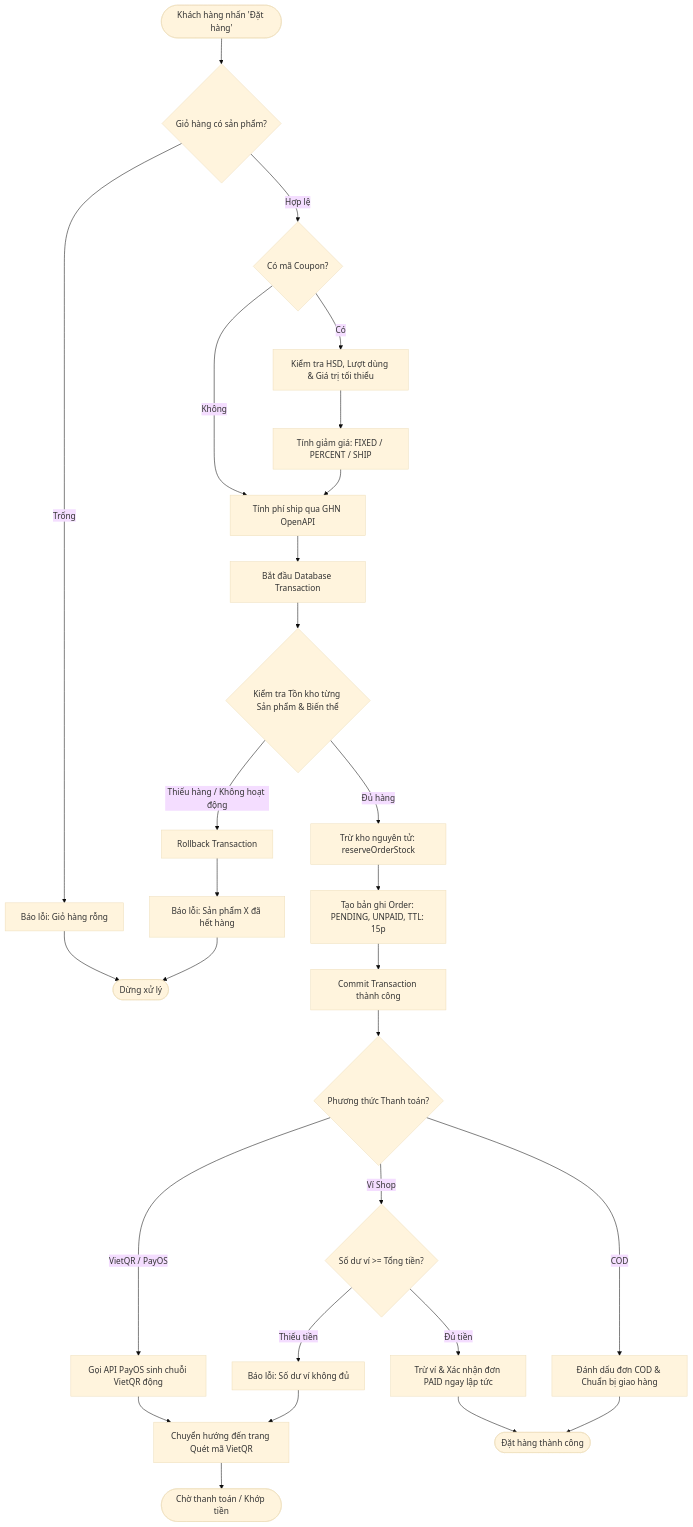
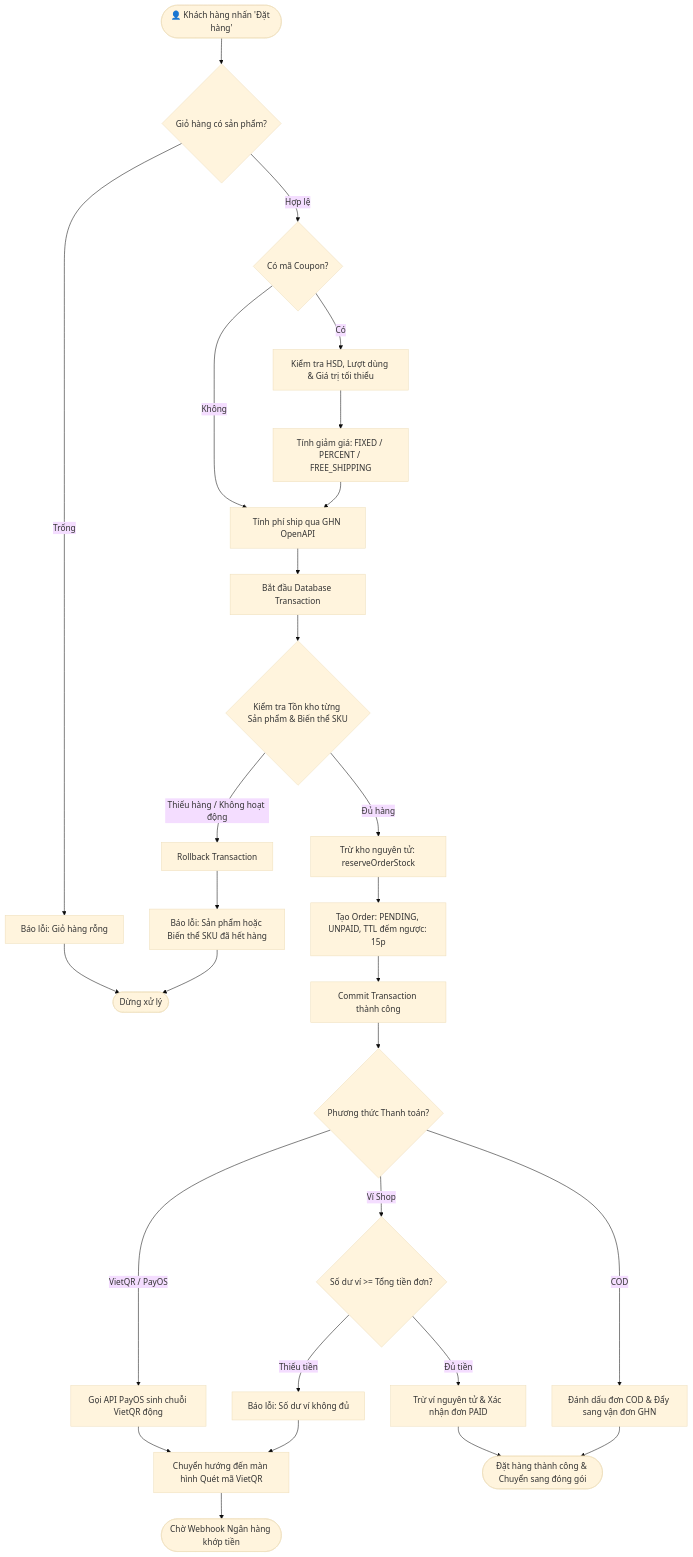
One commit to nhonhoa2007/shop-qr-payment changed the seventh of 13 diagrams in docs/uml/README.md. Above: the diagram before and after it, drawn with Mermaid (base theme). The commit also changed other lines of this file and 121 other files, not shown here.

First line of the commit message:
refactor(arch): tái cấu trúc mã nguồn theo Layered Clean Architecture và chuẩn hóa module shims

````diff
--- a/docs/uml/README.md
+++ b/docs/uml/README.md
@@ -389,36 +600,36 @@
 ```mermaid
 flowchart TD
-    Start([Khách hàng nhấn 'Đặt hàng']) --> ValidateCart{Giỏ hàng có sản phẩm?}
+    Start([👤 Khách hàng nhấn 'Đặt hàng']) --> ValidateCart{Giỏ hàng có sản phẩm?}
     ValidateCart -- Trống --> ErrEmpty[Báo lỗi: Giỏ hàng rỗng] --> StopErr([Dừng xử lý])
     
     ValidateCart -- Hợp lệ --> CheckCoupon{Có mã Coupon?}
     CheckCoupon -- Có --> ValidateCoupon[Kiểm tra HSD, Lượt dùng & Giá trị tối thiểu]
-    ValidateCoupon --> ApplyDiscount[Tính giảm giá: FIXED / PERCENT / SHIP]
+    ValidateCoupon --> ApplyDiscount[Tính giảm giá: FIXED / PERCENT / FREE_SHIPPING]
     CheckCoupon -- Không --> CalcShipping[Tính phí ship qua GHN OpenAPI]
     ApplyDiscount --> CalcShipping
 
     CalcShipping --> BeginTx[Bắt đầu Database Transaction]
-    BeginTx --> CheckStock{Kiểm tra Tồn kho từng Sản phẩm & Biến thể}
+    BeginTx --> CheckStock{Kiểm tra Tồn kho từng Sản phẩm & Biến thể SKU}
     
     CheckStock -- Thiếu hàng / Không hoạt động --> RollbackTx[Rollback Transaction]
-    RollbackTx --> ErrStock[Báo lỗi: Sản phẩm X đã hết hàng] --> StopErr
+    RollbackTx --> ErrStock[Báo lỗi: Sản phẩm hoặc Biến thể SKU đã hết hàng] --> StopErr
 
     CheckStock -- Đủ hàng --> ReserveStock[Trừ kho nguyên tử: reserveOrderStock]
-    ReserveStock --> CreateOrder[Tạo bản ghi Order: PENDING, UNPAID, TTL: 15p]
+    ReserveStock --> CreateOrder[Tạo Order: PENDING, UNPAID, TTL đếm ngược: 15p]
     CreateOrder --> CommitTx[Commit Transaction thành công]
 
     CommitTx --> ChoosePayment{Phương thức Thanh toán?}
     
     ChoosePayment -- VietQR / PayOS --> GenQR[Gọi API PayOS sinh chuỗi VietQR động]
-    GenQR --> ShowPaymentPage[Chuyển hướng đến trang Quét mã VietQR]
+    GenQR --> ShowPaymentPage[Chuyển hướng đến màn hình Quét mã VietQR]
     
-    ChoosePayment -- Ví Shop --> CheckBalance{Số dư ví >= Tổng tiền?}
+    ChoosePayment -- Ví Shop --> CheckBalance{Số dư ví >= Tổng tiền đơn?}
     CheckBalance -- Thiếu tiền --> ErrWallet[Báo lỗi: Số dư ví không đủ] --> ShowPaymentPage
-    CheckBalance -- Đủ tiền --> DeductWallet[Trừ ví & Xác nhận đơn PAID ngay lập tức]
+    CheckBalance -- Đủ tiền --> DeductWallet[Trừ ví nguyên tử & Xác nhận đơn PAID]
     
-    ChoosePayment -- COD --> MarkCOD[Đánh dấu đơn COD & Chuẩn bị giao hàng]
+    ChoosePayment -- COD --> MarkCOD[Đánh dấu đơn COD & Đẩy sang vận đơn GHN]
 
-    ShowPaymentPage --> EndOrder([Chờ thanh toán / Khớp tiền])
-    DeductWallet --> EndSuccess([Đặt hàng thành công])
-    MarkCOD --> EndSuccess
+    ShowPaymentPage --> AwaitPayment([Chờ Webhook Ngân hàng khớp tiền])
+    DeductWallet --> SuccessOrder([Đặt hàng thành công & Chuyển sang đóng gói])
+    MarkCOD --> SuccessOrder
 ```
````
